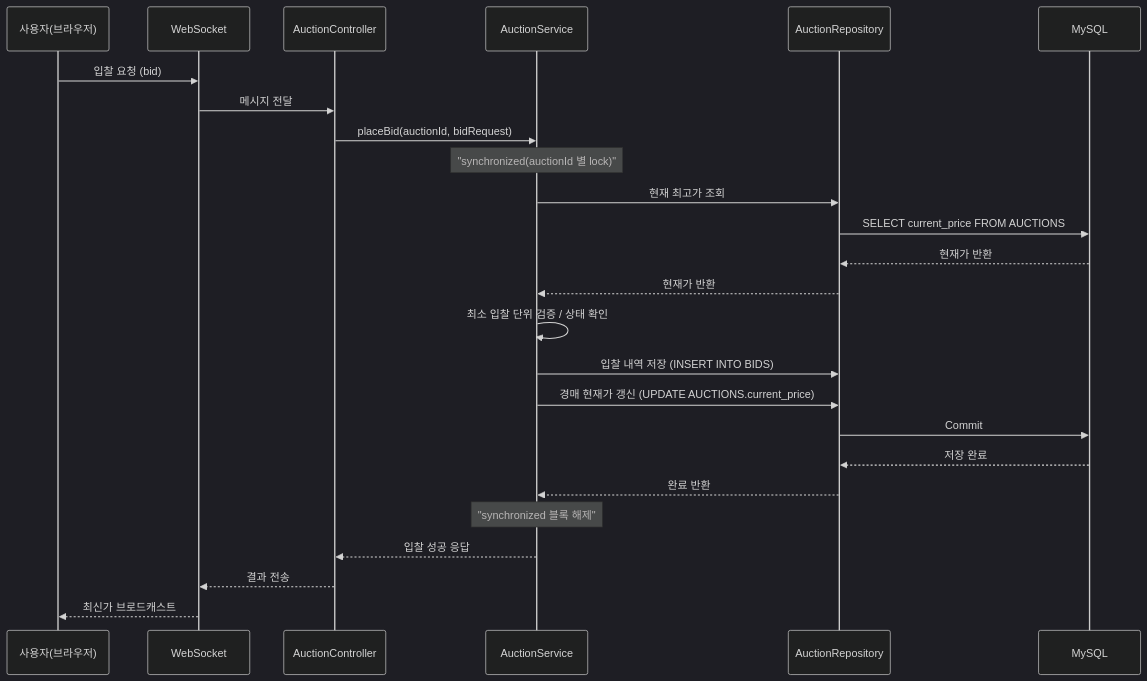
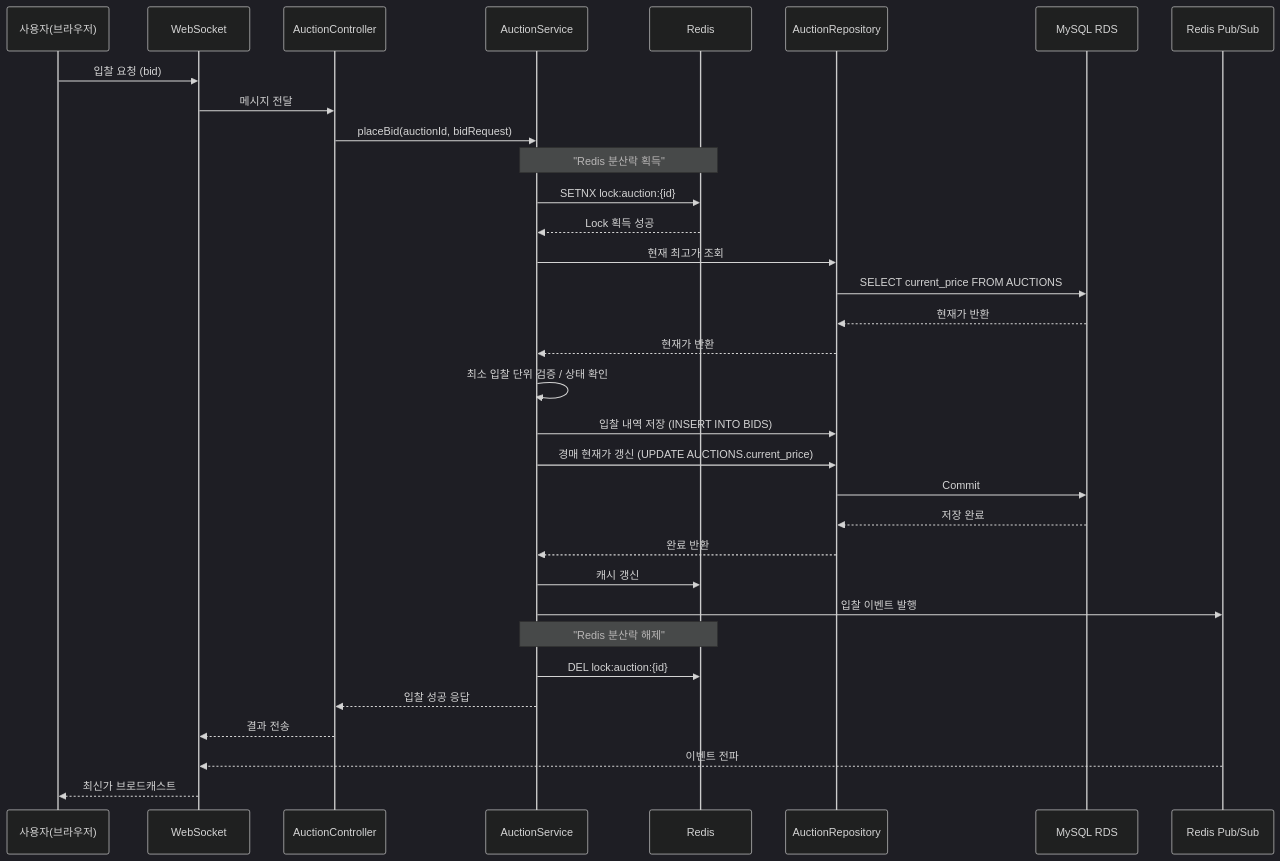
Before and after one commit to 9osari/DevBid: the second of 2 diagrams in docs/Architecture.md, drawn with Mermaid (dark theme). The commit also changed other lines of this file and 5 other files, not shown here.

````diff
--- a/docs/Architecture.md
+++ b/docs/Architecture.md
@@ -69,32 +103,43 @@
 ```mermaid
 sequenceDiagram
     participant User as 사용자(브라우저)
     participant WS as WebSocket
     participant Ctrl as AuctionController
     participant Svc as AuctionService
+    participant Redis as Redis
     participant Repo as AuctionRepository
-    participant DB as MySQL
+    participant DB as MySQL RDS
+    participant PubSub as Redis Pub/Sub
 
     User->>WS: 입찰 요청 (bid)
     WS->>Ctrl: 메시지 전달
     Ctrl->>Svc: placeBid(auctionId, bidRequest)
 
-    Note over Svc: "synchronized(auctionId 별 lock)"
+    Note over Svc,Redis: "Redis 분산락 획득"
+    Svc->>Redis: SETNX lock:auction:{id}
+    Redis-->>Svc: Lock 획득 성공
+
     Svc->>Repo: 현재 최고가 조회
     Repo->>DB: SELECT current_price FROM AUCTIONS
     DB-->>Repo: 현재가 반환
     Repo-->>Svc: 현재가 반환
 
     Svc->>Svc: 최소 입찰 단위 검증 / 상태 확인
     Svc->>Repo: 입찰 내역 저장 (INSERT INTO BIDS)
     Svc->>Repo: 경매 현재가 갱신 (UPDATE AUCTIONS.current_price)
     Repo->>DB: Commit
 
     DB-->>Repo: 저장 완료
     Repo-->>Svc: 완료 반환
-    Note over Svc: "synchronized 블록 해제"
+
+    Svc->>Redis: 캐시 갱신
+    Svc->>PubSub: 입찰 이벤트 발행
+
+    Note over Svc,Redis: "Redis 분산락 해제"
+    Svc->>Redis: DEL lock:auction:{id}
 
     Svc-->>Ctrl: 입찰 성공 응답
     Ctrl-->>WS: 결과 전송
+    PubSub-->>WS: 이벤트 전파
     WS-->>User: 최신가 브로드캐스트
 ```
````
